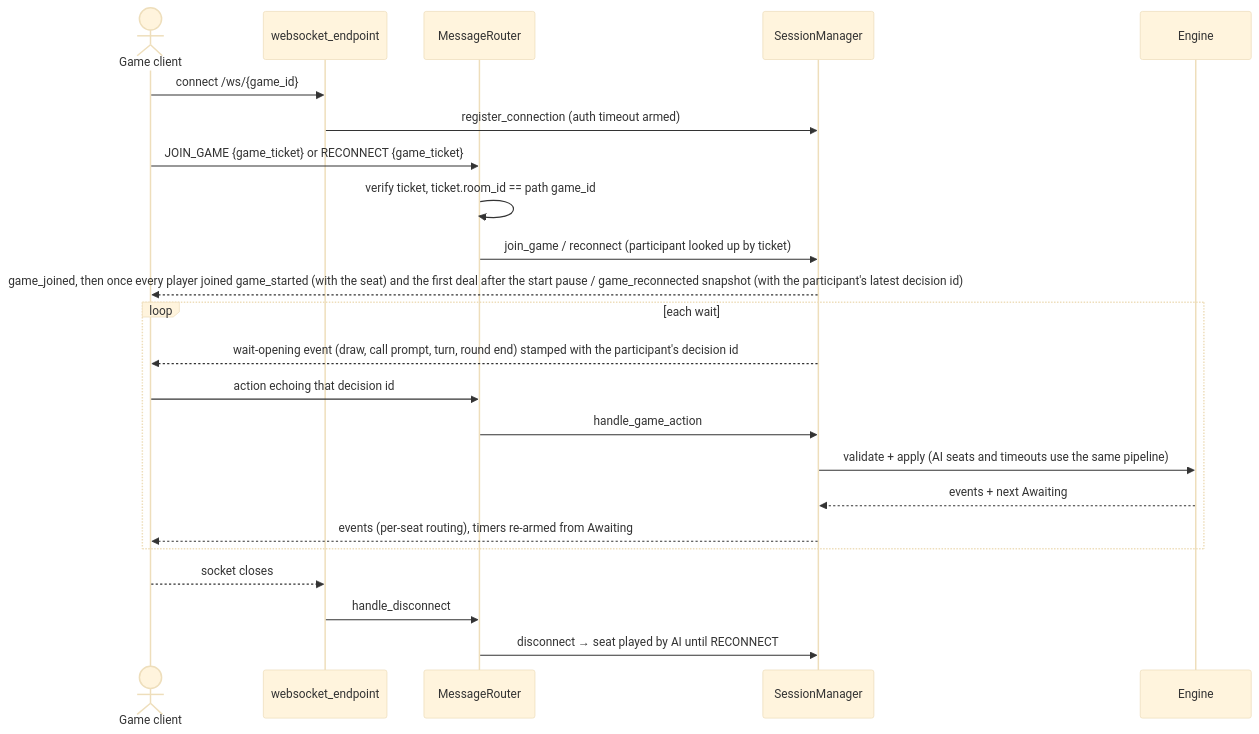
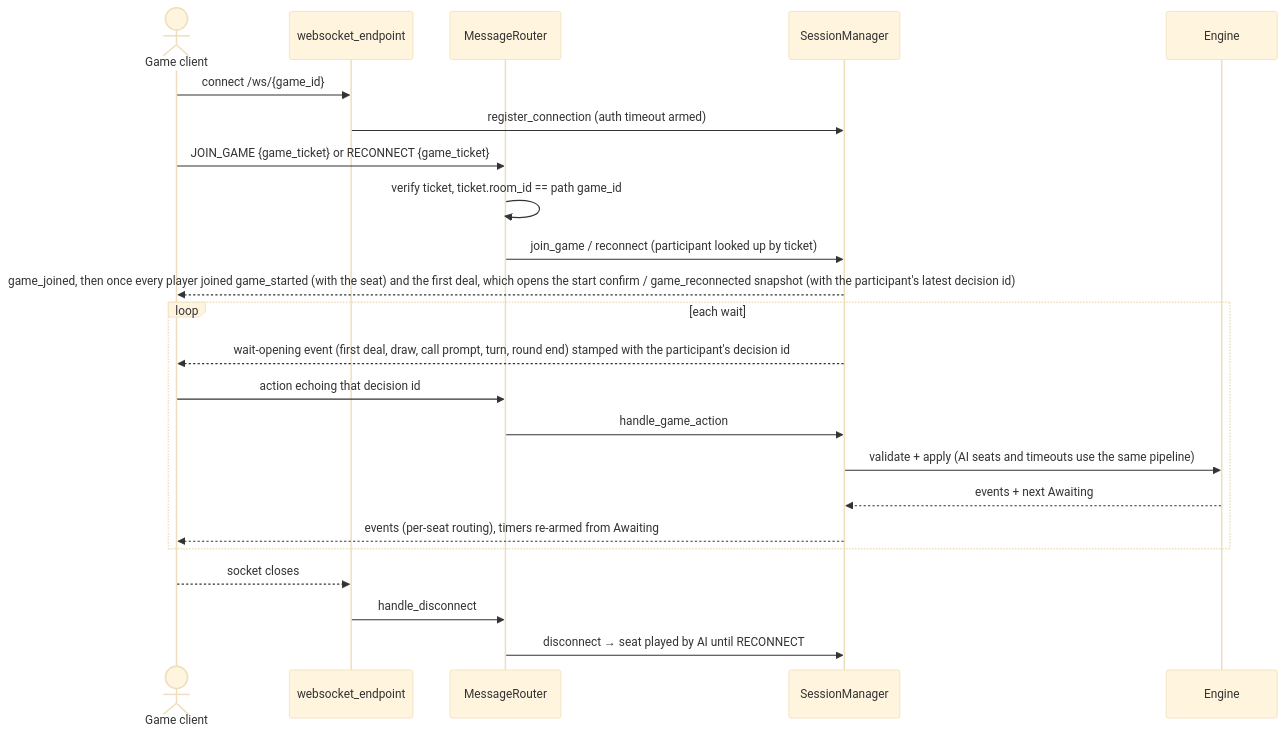
One commit to MahjongRepository/ronin changed the eighth of 8 diagrams in docs/architecture.md. Above: the diagram before and after it, drawn with Mermaid (base theme). The commit also changed other lines of this file and 120 other files, not shown here.

First line of the commit message:
feat: game start screen waits for every OK, pace AI player turns

````diff
--- a/docs/architecture.md
+++ b/docs/architecture.md
@@ -333,26 +333,26 @@
 ```mermaid
 sequenceDiagram
     actor P as Game client
     participant WS as websocket_endpoint
     participant R as MessageRouter
     participant SM as SessionManager
     participant E as Engine
 
     P->>WS: connect /ws/{game_id}
     WS->>SM: register_connection (auth timeout armed)
     P->>R: JOIN_GAME {game_ticket}  or  RECONNECT {game_ticket}
     R->>R: verify ticket, ticket.room_id == path game_id
     R->>SM: join_game / reconnect (participant looked up by ticket)
-    SM-->>P: game_joined, then once every player joined game_started (with the seat) and the first deal after the start pause / game_reconnected snapshot (with the participant's latest decision id)
+    SM-->>P: game_joined, then once every player joined game_started (with the seat) and the first deal, which opens the start confirm / game_reconnected snapshot (with the participant's latest decision id)
     loop each wait
-        SM-->>P: wait-opening event (draw, call prompt, turn, round end) stamped with the participant's decision id
+        SM-->>P: wait-opening event (first deal, draw, call prompt, turn, round end) stamped with the participant's decision id
         P->>R: action echoing that decision id
         R->>SM: handle_game_action
         SM->>E: validate + apply (AI seats and timeouts use the same pipeline)
         E-->>SM: events + next Awaiting
         SM-->>P: events (per-seat routing), timers re-armed from Awaiting
     end
     P-->>WS: socket closes
     WS->>R: handle_disconnect
     R->>SM: disconnect → seat played by AI until RECONNECT
 ```
````
